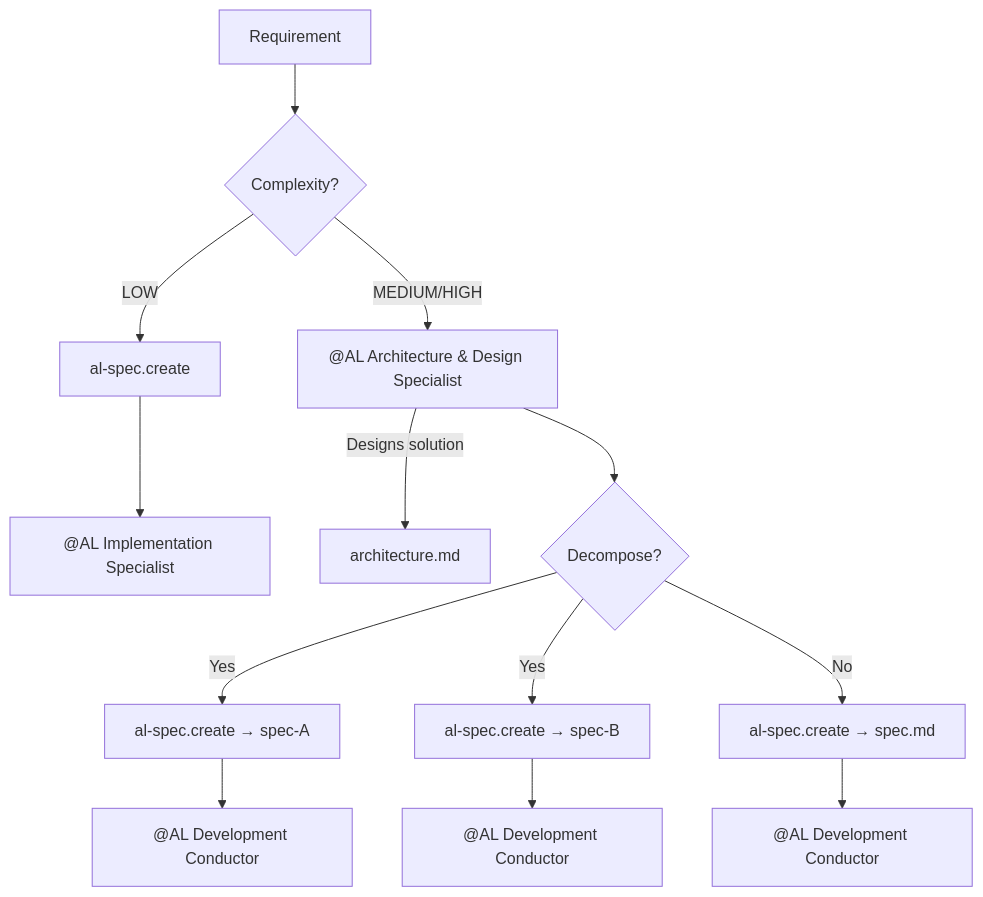
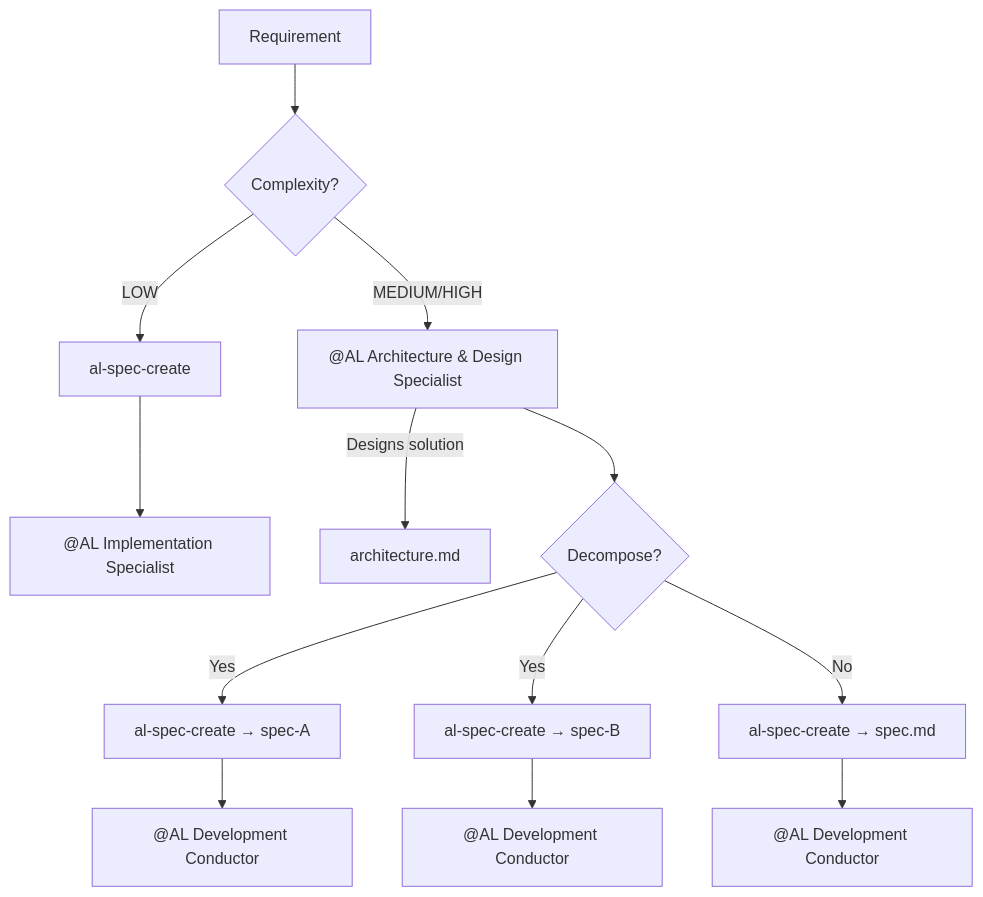
The first of 3 diagrams in README.md (javiarmesto/ALDC-AL-Development-Collection), drawn with Mermaid before and after one commit. The commit also changed other lines of this file and 32 other files, not shown here.

````diff
--- a/README.md
+++ b/README.md
@@ -353,16 +353,16 @@
 ```mermaid
 flowchart TD
     REQ[Requirement] --> CLASSIFY{Complexity?}
-    CLASSIFY -->|LOW| SPEC_LOW[al-spec.create]
+    CLASSIFY -->|LOW| SPEC_LOW[al-spec-create]
     SPEC_LOW --> DEV["@AL Implementation Specialist"]
 
     CLASSIFY -->|MEDIUM/HIGH| ARCH["@AL Architecture & Design Specialist"]
     ARCH -->|Designs solution| ARCH_DOC[architecture.md]
     ARCH --> DECOMPOSE{Decompose?}
-    DECOMPOSE -->|Yes| SPEC_A[al-spec.create → spec-A]
-    DECOMPOSE -->|Yes| SPEC_B[al-spec.create → spec-B]
-    DECOMPOSE -->|No| SPEC_SINGLE[al-spec.create → spec.md]
+    DECOMPOSE -->|Yes| SPEC_A[al-spec-create → spec-A]
+    DECOMPOSE -->|Yes| SPEC_B[al-spec-create → spec-B]
+    DECOMPOSE -->|No| SPEC_SINGLE[al-spec-create → spec.md]
     SPEC_A --> COND_A["@AL Development Conductor"]
     SPEC_B --> COND_B["@AL Development Conductor"]
     SPEC_SINGLE --> COND["@AL Development Conductor"]
 ```
````
